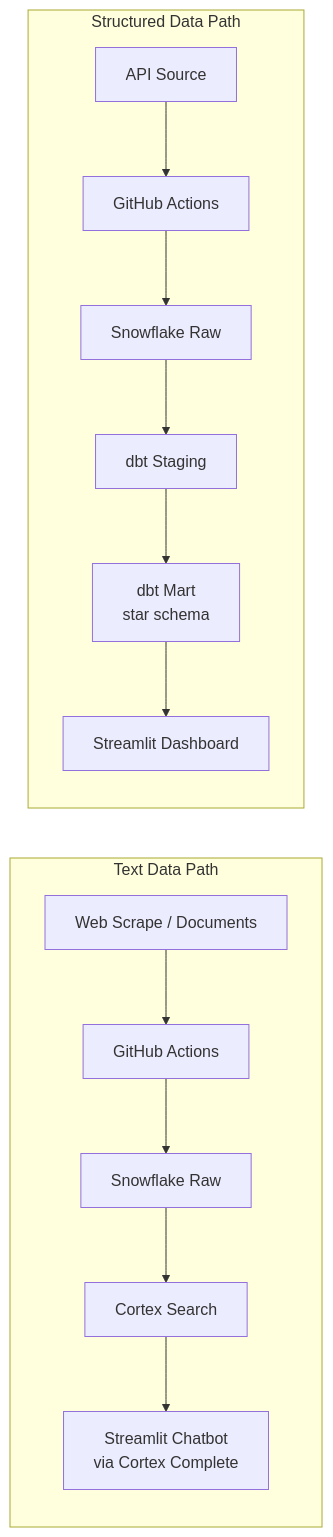
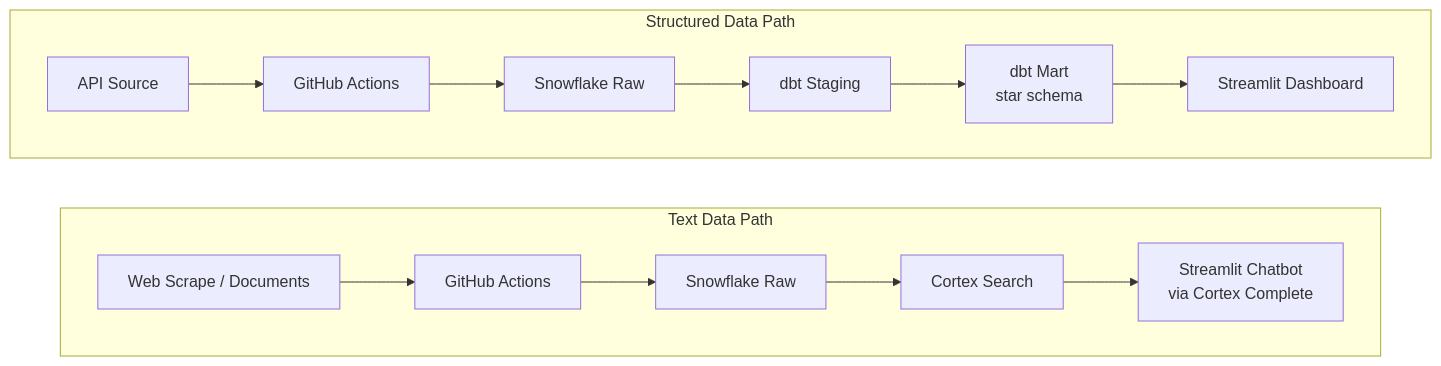
Before and after one commit to LMU-ISBA/isba-4715-f26: the diagram in project/README.md, drawn with Mermaid. The commit also changed other lines of this file, not shown here.

Commit message:
Three-pass improvement: fix structure, scannability, consistency, Mermaid LR

````diff
--- a/project/README.md
+++ b/project/README.md
@@ -20,10 +20,14 @@
 ```mermaid
-graph LR
-    subgraph Text Data Path
+flowchart TB
+    subgraph s1 [Structured Data Path]
+        direction LR
+        A[API Source] --> B[GitHub Actions] --> C[Snowflake Raw] --> D[dbt Staging] --> E[dbt Mart\nstar schema] --> F[Streamlit Dashboard]
+    end
+
+    subgraph s2 [Text Data Path]
+        direction LR
         G[Web Scrape / Documents] --> H[GitHub Actions] --> I[Snowflake Raw] --> J[Cortex Search] --> K[Streamlit Chatbot\nvia Cortex Complete]
     end
 
-    subgraph Structured Data Path
-        A[API Source] --> B[GitHub Actions] --> C[Snowflake Raw] --> D[dbt Staging] --> E[dbt Mart\nstar schema] --> F[Streamlit Dashboard]
-    end
+    s1 ~~~ s2
 ```
````
